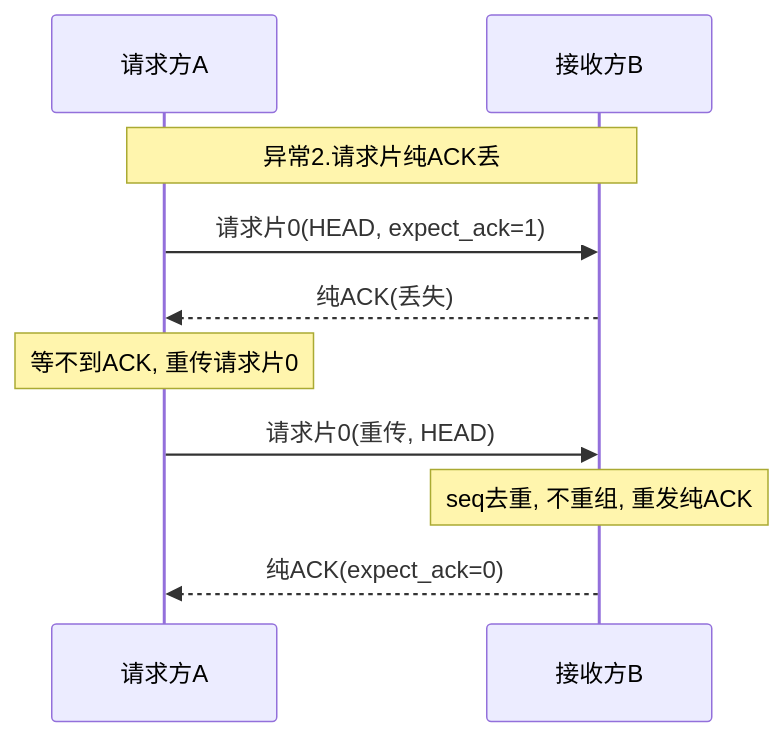
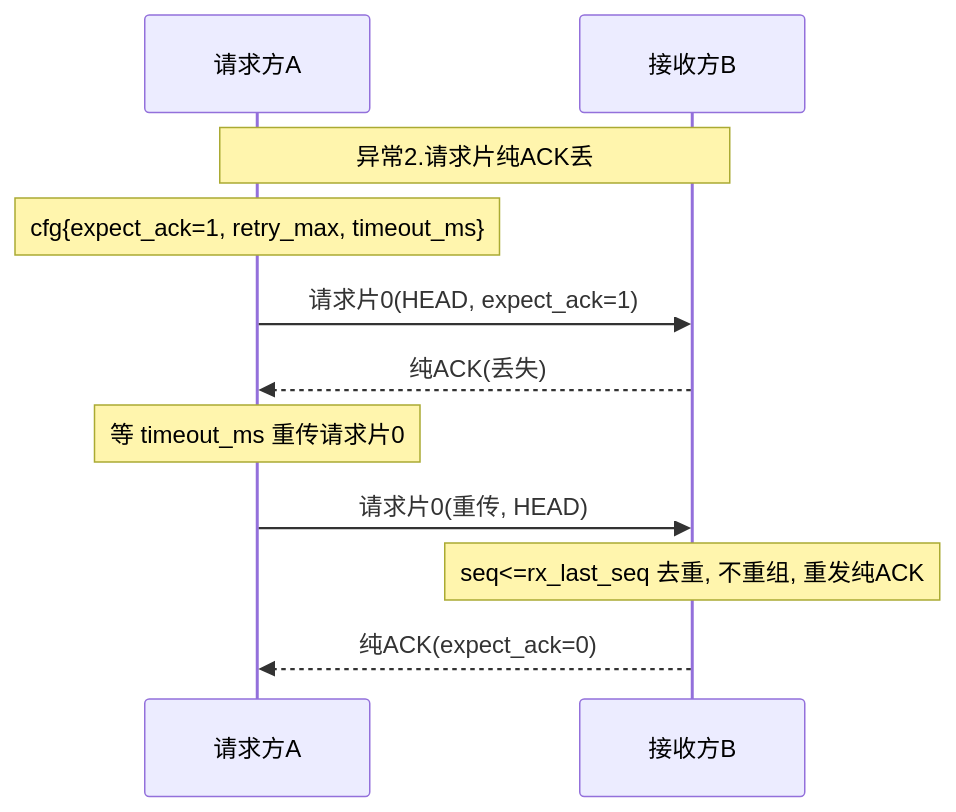
Before and after one commit to Siaiai/ObsidianNote: the ninth of 14 diagrams in 工作/项目/代码/260401S3分拣面板-SIA-R9000P.md, drawn with Mermaid. The commit also changed other lines of this file and 1 other file, not shown here.

````diff
--- a/工作/项目/代码/260401S3分拣面板-SIA-R9000P.md
+++ b/工作/项目/代码/260401S3分拣面板-SIA-R9000P.md
@@ -205,12 +228,13 @@
 ```mermaid
 sequenceDiagram
     participant A as 请求方A
     participant B as 接收方B
     Note over A,B: 异常2.请求片纯ACK丢
+    Note over A: cfg{expect_ack=1, retry_max, timeout_ms}
     A->>B: 请求片0(HEAD, expect_ack=1)
     B-->>A: 纯ACK(丢失)
-    Note over A: 等不到ACK, 重传请求片0
+    Note over A: 等 timeout_ms 重传请求片0
     A->>B: 请求片0(重传, HEAD)
-    Note over B: seq去重, 不重组, 重发纯ACK
+    Note over B: seq<=rx_last_seq 去重, 不重组, 重发纯ACK
     B-->>A: 纯ACK(expect_ack=0)
 ```
````
